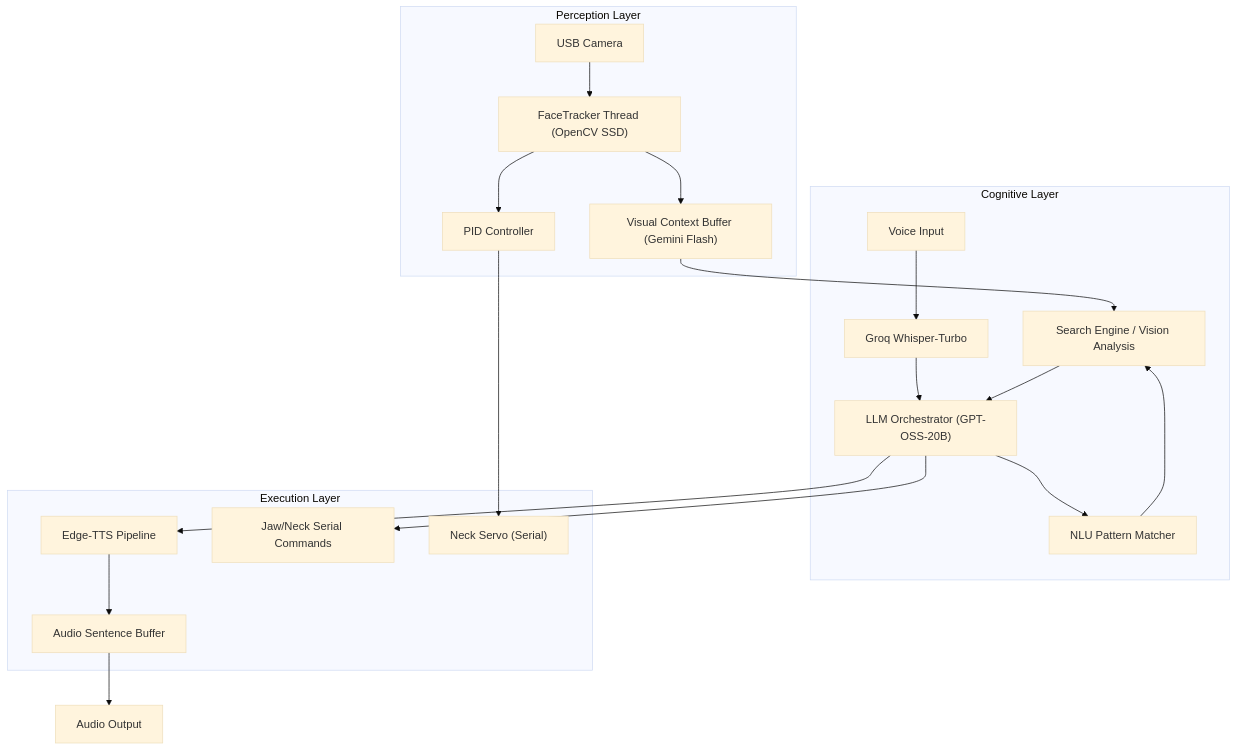
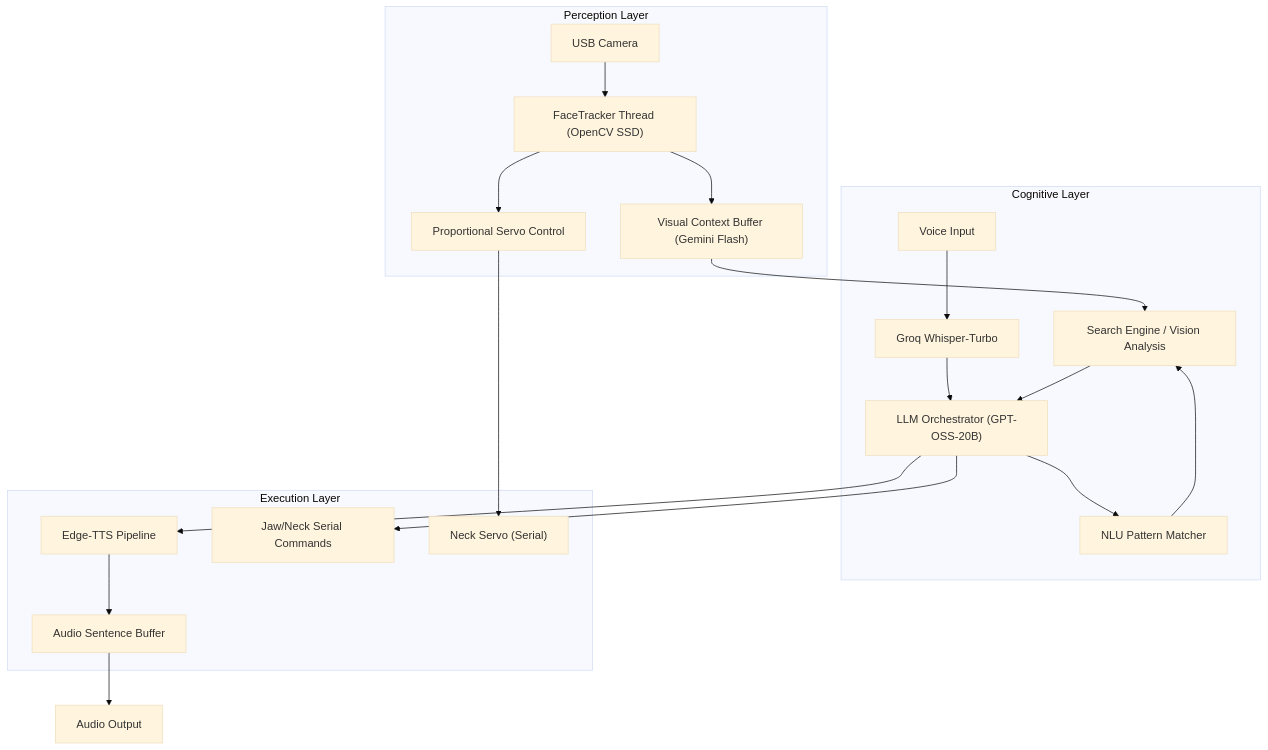
One commit to alexbuildstech/nova changed the diagram in README.md. Above: the diagram before and after it, drawn with Mermaid (base theme). The commit also changed other lines of this file and 4 other files, not shown here.

````diff
--- a/README.md
+++ b/README.md
@@ -25,26 +25,26 @@
 ```mermaid
 graph TD
     subgraph "Perception Layer"
         V["USB Camera"] --> FT["FaceTracker Thread (OpenCV SSD)"]
-        FT --> PC["PID Controller"]
+        FT --> PC["Proportional Servo Control"]
         FT --> VC["Visual Context Buffer (Gemini Flash)"]
     end
 
     subgraph "Cognitive Layer"
         U["Voice Input"] --> STT["Groq Whisper-Turbo"]
         STT --> ORC["LLM Orchestrator (GPT-OSS-20B)"]
         ORC --> NLU["NLU Pattern Matcher"]
         NLU --> SA["Search Engine / Vision Analysis"]
     end
 
     subgraph "Execution Layer"
         ORC --> TTS["Edge-TTS Pipeline"]
         ORC --> JM["Jaw/Neck Serial Commands"]
         PC --> NC["Neck Servo (Serial)"]
         TTS --> BUFF["Audio Sentence Buffer"]
     end
 
     SA --> ORC
     VC --> SA
     BUFF --> AS["Audio Output"]
 ```
````
